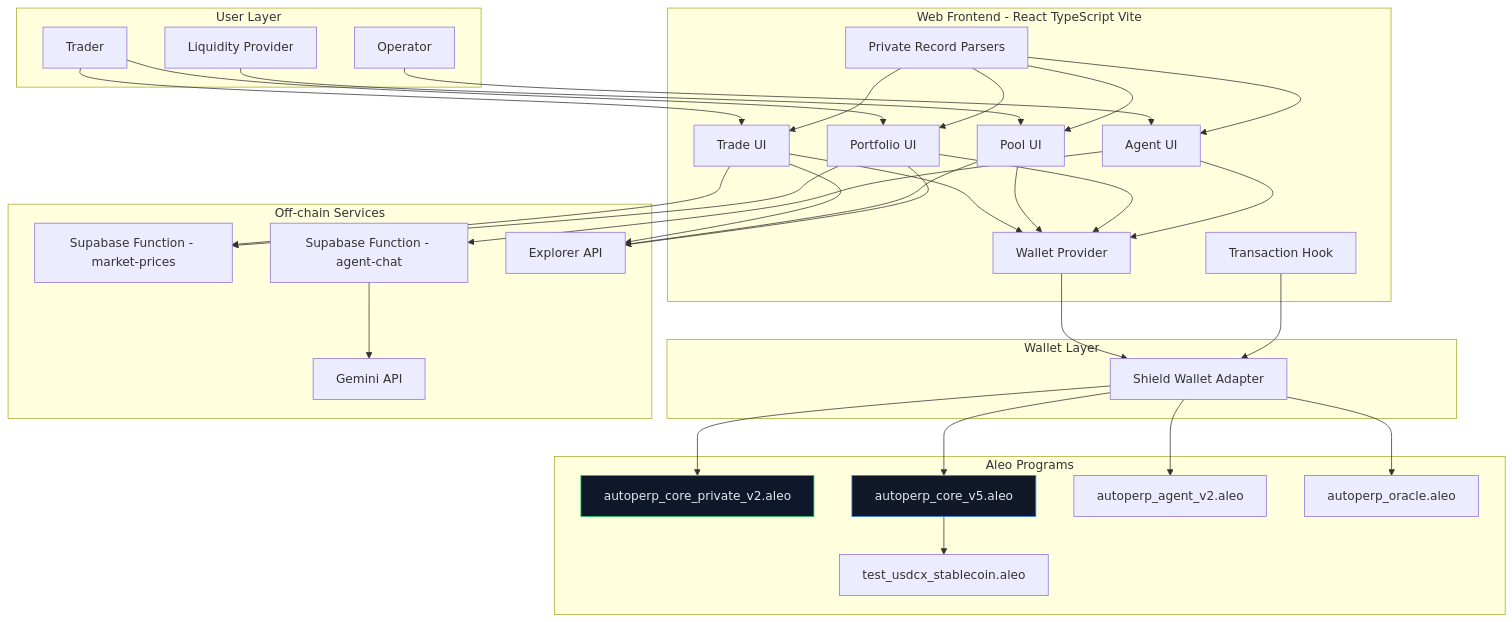
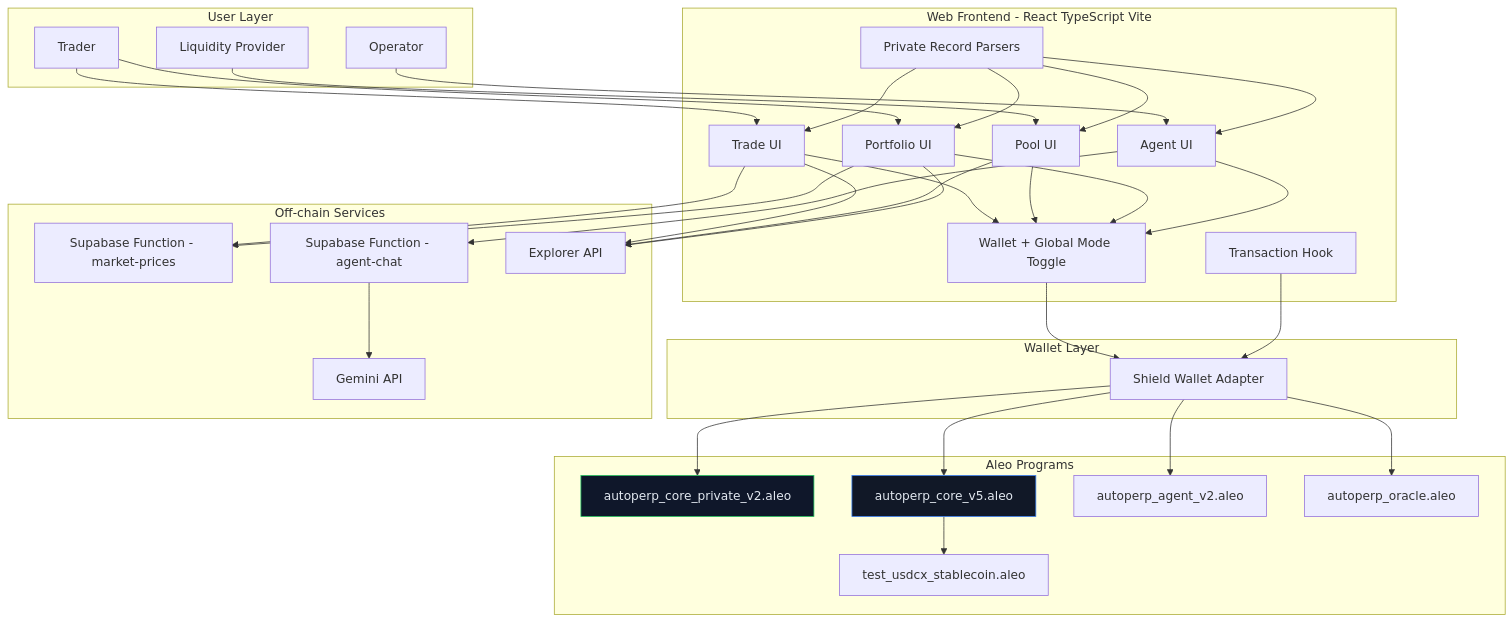
The diagram in README.md (dinitheth/AutoPerp), drawn with Mermaid before and after one commit. The commit also changed other lines of this file and 13 other files, not shown here.

Commit message:
feat(ui): add global mode toggle, privacy indicators, and agent refinements

````diff
--- a/README.md
+++ b/README.md
@@ -92,76 +107,76 @@
 ```mermaid
 flowchart TB
     subgraph UserLayer[User Layer]
         U1[Trader]
         U2[Liquidity Provider]
         U3[Operator]
     end
 
     subgraph Frontend[Web Frontend - React TypeScript Vite]
         F1[Trade UI]
         F2[Pool UI]
         F3[Portfolio UI]
         F4[Agent UI]
-        F5[Wallet Provider]
+        F5[Wallet + Global Mode Toggle]
         F6[Transaction Hook]
         F7[Private Record Parsers]
     end
 
     subgraph Wallet[Wallet Layer]
         W1[Shield Wallet Adapter]
     end
 
     subgraph Chain[Aleo Programs]
         C1[autoperp_core_private_v2.aleo]
         C2[autoperp_core_v5.aleo]
         C3[autoperp_agent_v2.aleo]
         C4[autoperp_oracle.aleo]
         C5[test_usdcx_stablecoin.aleo]
     end
 
     subgraph DataServices[Off-chain Services]
         S1[Supabase Function - market-prices]
         S2[Supabase Function - agent-chat]
         S3[Gemini API]
         S4[Explorer API]
     end
 
     U1 --> F1
     U1 --> F3
     U2 --> F2
     U3 --> F4
 
     F1 --> F5
     F2 --> F5
     F3 --> F5
     F4 --> F5
 
     F5 --> W1
     F6 --> W1
     F7 --> F1
     F7 --> F2
     F7 --> F3
     F7 --> F4
 
     W1 --> C1
     W1 --> C2
     W1 --> C3
     W1 --> C4
 
     C2 --> C5
 
     F4 --> S2
     S2 --> S3
 
     F1 --> S1
     F3 --> S1
 
     F1 --> S4
     F2 --> S4
     F3 --> S4
 
     classDef private fill:#0f172a,stroke:#22c55e,stroke-width:1px,color:#e2e8f0
     classDef hybrid fill:#111827,stroke:#3b82f6,stroke-width:1px,color:#e2e8f0
     class C1 private
     class C2 hybrid
 ```
````
